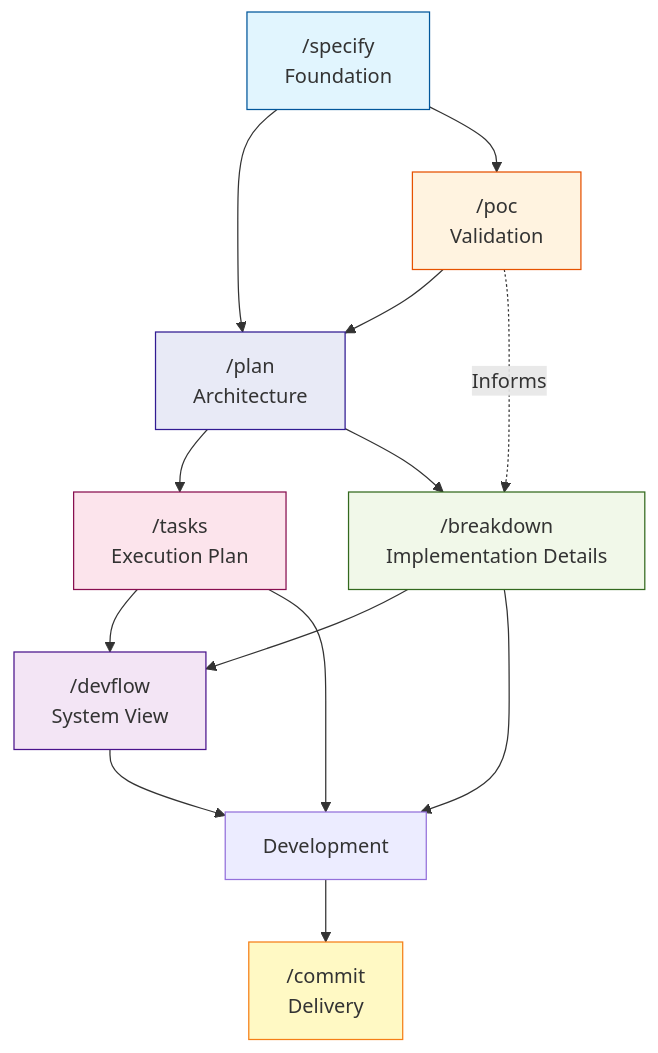
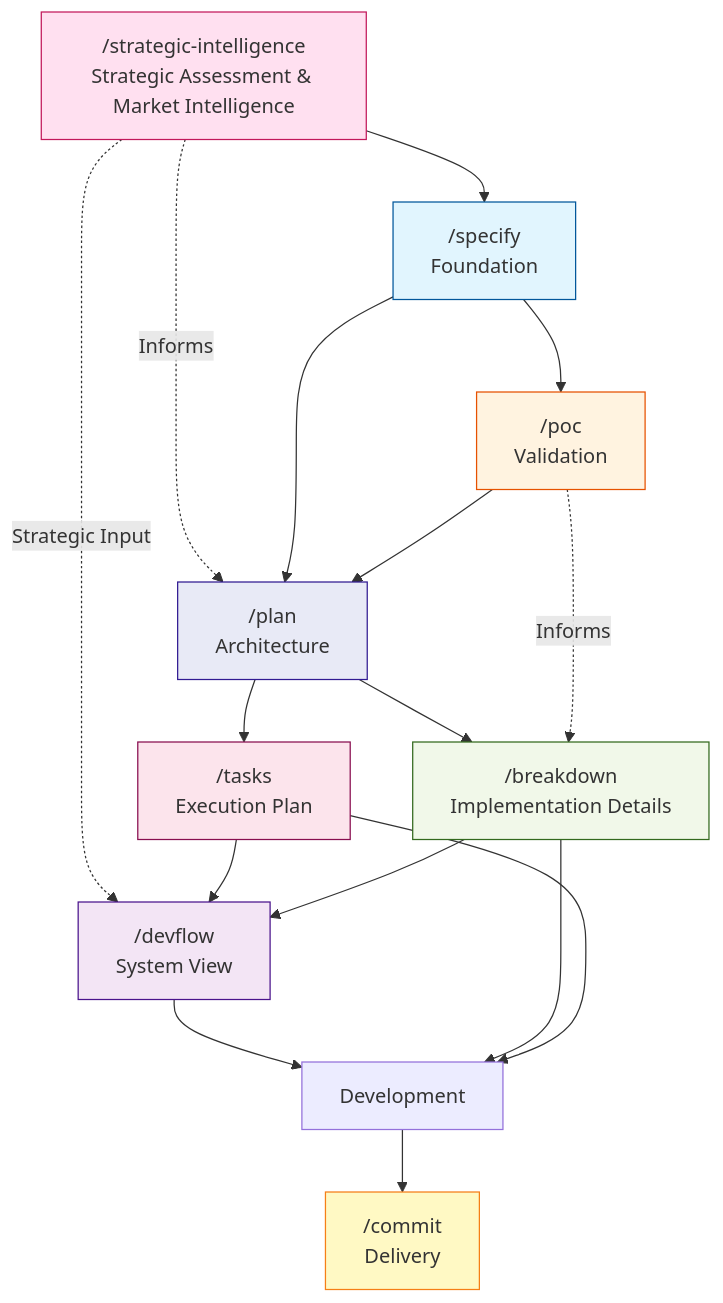
Before and after one commit to Mathews-Tom/sage-dev: diagram 12 of 22 in commands/WORKFLOW.md, drawn with Mermaid. The commit also changed other lines of this file and 3 other files, not shown here.

First line of the commit message:
Add /strategic-intelligence command and integrate across docs; remove legacy gap analysis

````diff
--- a/commands/WORKFLOW.md
+++ b/commands/WORKFLOW.md
@@ -249,28 +288,33 @@
 ```mermaid
 graph TD
-    Specify["/specify<br/>Foundation"] --> Plan["/plan<br/>Architecture"]
+    Assessment["/strategic-intelligence<br/>Strategic Assessment & Market Intelligence"] --> Specify["/specify<br/>Foundation"]
+    Assessment -.->|Informs| Plan["/plan<br/>Architecture"]
+    Assessment -.->|Strategic Input| DevFlow["/devflow<br/>System View"]
+
+    Specify --> Plan
     Specify --> POC["/poc<br/>Validation"]
-    
+
     Plan --> Tasks["/tasks<br/>Execution Plan"]
     Plan --> Breakdown["/breakdown<br/>Implementation Details"]
-    
-    Tasks --> DevFlow["/devflow<br/>System View"]
+
+    Tasks --> DevFlow
     Breakdown --> DevFlow
-    
+
     POC --> Plan
     POC -.->|Informs| Breakdown
-    
+
     DevFlow --> Dev[Development]
     Breakdown --> Dev
     Tasks --> Dev
-    
+
     Dev --> Commit["/commit<br/>Delivery"]
-    
+
+    style Assessment fill:#ffe0f0,stroke:#c2185b
     style Specify fill:#e1f5fe,stroke:#01579b
     style POC fill:#fff3e0,stroke:#e65100
     style Plan fill:#e8eaf6,stroke:#311b92
     style Tasks fill:#fce4ec,stroke:#880e4f
     style Breakdown fill:#f1f8e9,stroke:#33691e
     style DevFlow fill:#f3e5f5,stroke:#4a148c
     style Commit fill:#fff9c4,stroke:#f57f17
 ```
````
